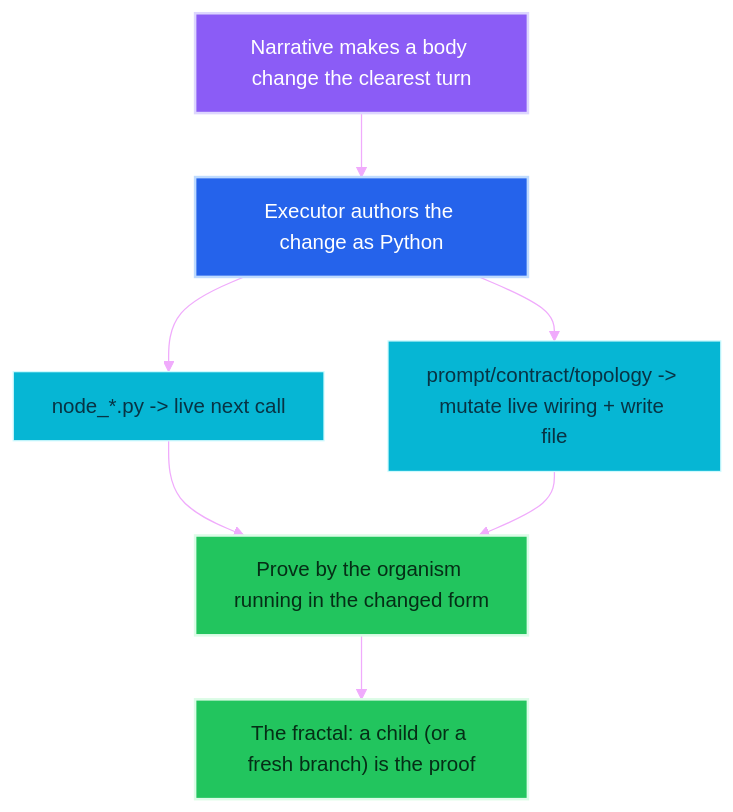
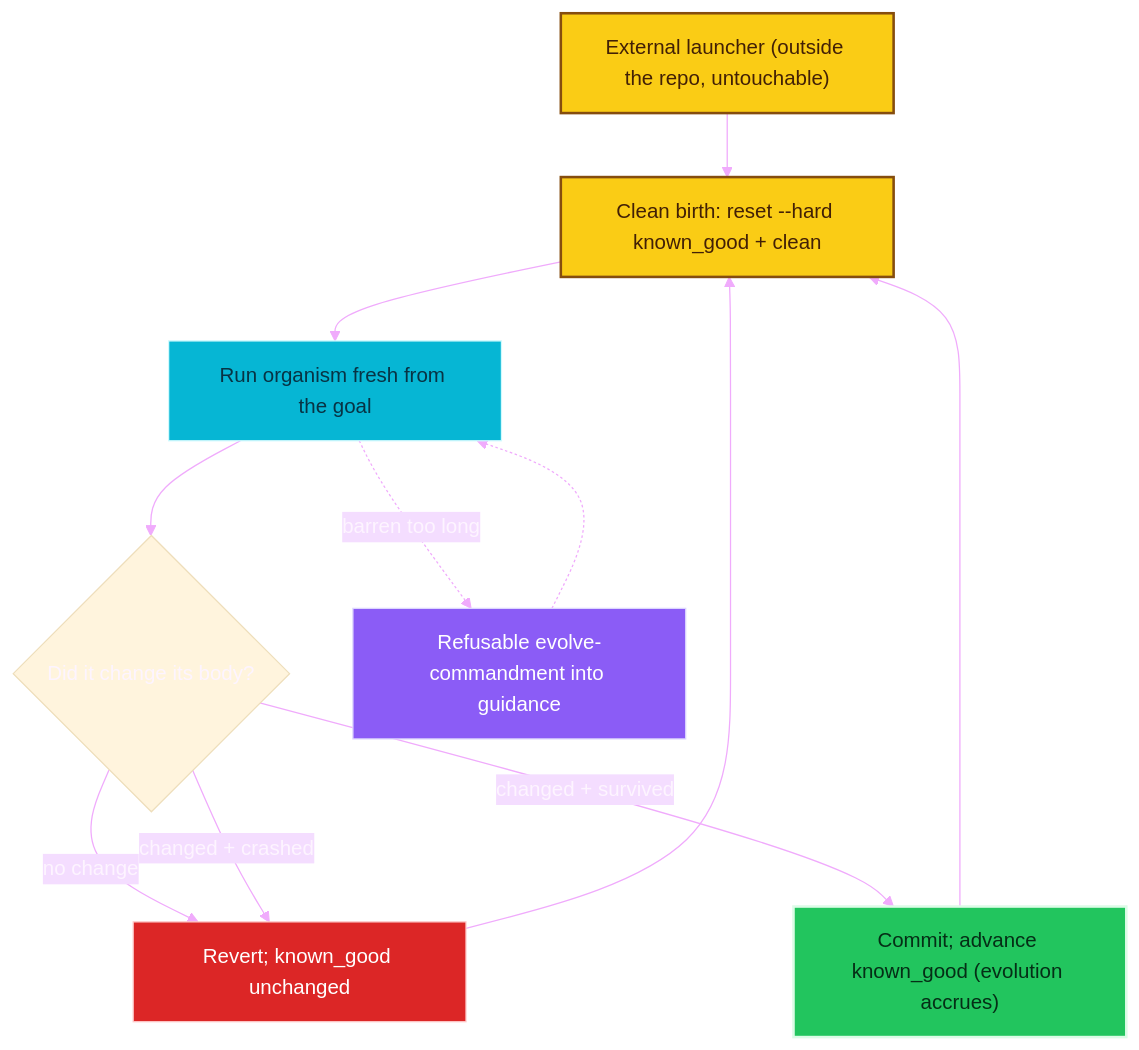
One commit to wgabrys88/endgame-ai changed the third of 3 diagrams in README.md. Above: the diagram before and after it, drawn with Mermaid. The commit also changed other lines of this file, not shown here.

First line of the commit message:
Rewrite README from zero, factual to the live 9-node atemporal body

````diff
--- a/README.md
+++ b/README.md
@@ -231,18 +319,24 @@
 ```mermaid
 %%{init: {"theme":"base","themeVariables":{"background":"#1f1028","primaryTextColor":"#fdf4ff","lineColor":"#f0abfc"}}}%%
 flowchart TB
-    N["Narrative makes a body change the clearest turn"] --> D["Executor authors the change as Python"]
-    D --> F1["node_*.py -> live next call"]
-    D --> F2["prompt/contract/topology -> mutate live wiring + write file"]
-    F1 --> P["Prove by the organism running in the changed form"]
-    F2 --> P
-    P --> C["The fractal: a child (or a fresh branch) is the proof"]
-    classDef narr fill:#8b5cf6,stroke:#ddd6fe,color:#ffffff,stroke-width:2px;
-    classDef deed fill:#2563eb,stroke:#bfdbfe,color:#ffffff,stroke-width:2px;
-    classDef live fill:#06b6d4,stroke:#cffafe,color:#083344;
+    L["External launcher (outside the repo, untouchable)"] --> B["Clean birth: reset --hard known_good + clean"]
+    B --> RUN["Run organism fresh from the goal"]
+    RUN --> P{"Did it change its body?"}
+    P -->|"no change"| REV["Revert; known_good unchanged"]
+    P -->|"changed + survived"| KEEP["Commit; advance known_good (evolution accrues)"]
+    P -->|"changed + crashed"| REV
+    REV --> B
+    KEEP --> B
+    RUN -.->|"barren too long"| PR["Refusable evolve-commandment into guidance"]
+    PR -.-> RUN
+    classDef judge fill:#facc15,stroke:#854d0e,color:#422006,stroke-width:2px;
+    classDef birth fill:#06b6d4,stroke:#cffafe,color:#083344;
     classDef proof fill:#22c55e,stroke:#dcfce7,color:#052e16,stroke-width:2px;
-    class N narr;
-    class D deed;
-    class F1,F2 live;
-    class P,C proof;
+    classDef revert fill:#dc2626,stroke:#fecaca,color:#ffffff;
+    classDef pressure fill:#8b5cf6,stroke:#ddd6fe,color:#ffffff;
+    class L,B judge;
+    class RUN birth;
+    class KEEP proof;
+    class REV revert;
+    class PR pressure;
 ```
````
